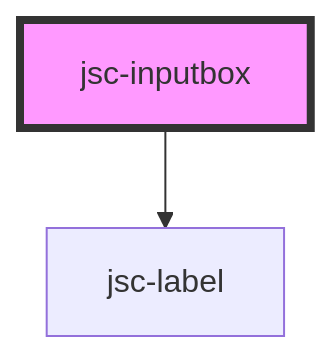
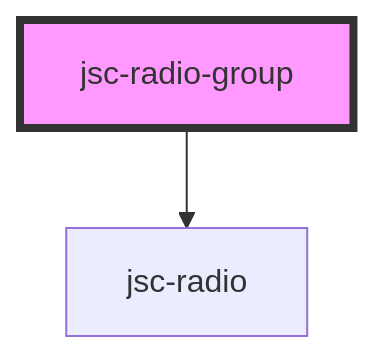
Before and after one commit to Jaseci-Labs/jaseci: the diagram in jaseci_ui_kit/components/src/components/jsc-radio-group/readme.md, drawn with Mermaid. The commit also changed other lines of this file and 59 other files, not shown here.

````diff
--- a/jaseci_ui_kit/components/src/components/jsc-radio-group/readme.md
+++ b/jaseci_ui_kit/components/src/components/jsc-radio-group/readme.md
@@ -36,5 +32,5 @@
 ```mermaid
 graph TD;
-  jsc-inputbox --> jsc-label
-  style jsc-inputbox fill:#f9f,stroke:#333,stroke-width:4px
+  jsc-radio-group --> jsc-radio
+  style jsc-radio-group fill:#f9f,stroke:#333,stroke-width:4px
 ```
````
